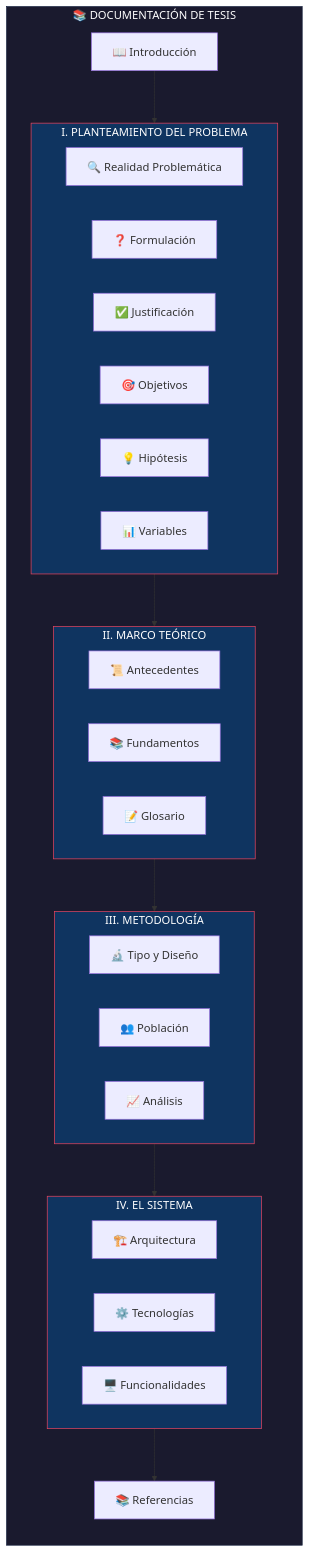
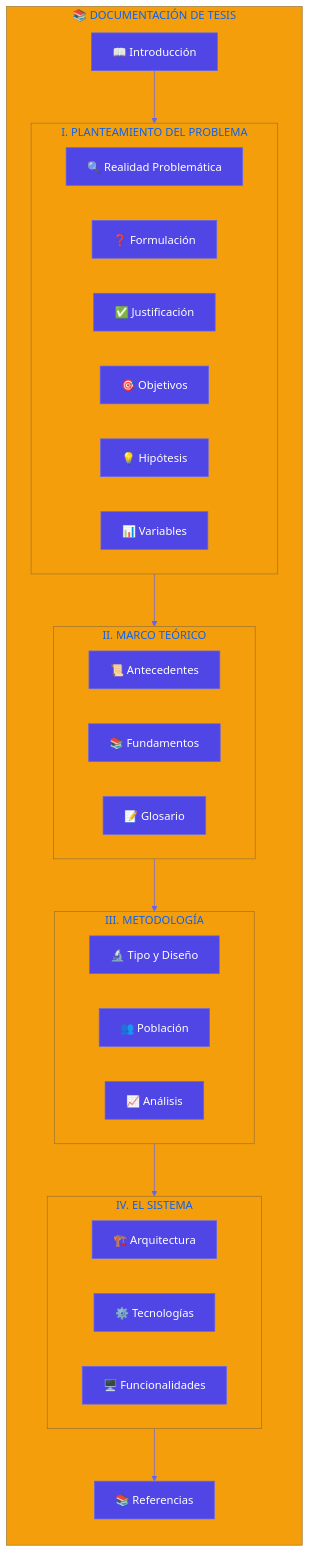
Before and after one commit to decagraff/LCService: the first of 3 diagrams in docs/README.md, drawn with Mermaid. The commit also changed other lines of this file and 7 other files, not shown here.

````diff
--- a/docs/README.md
+++ b/docs/README.md
@@ -19,49 +19,44 @@
 ```mermaid
+%%{init: {'theme': 'base', 'themeVariables': { 'primaryColor': '#4f46e5', 'primaryTextColor': '#fff', 'primaryBorderColor': '#6366f1', 'lineColor': '#6366f1', 'secondaryColor': '#10b981', 'tertiaryColor': '#f59e0b'}}}%%
 flowchart TB
     subgraph docs["📚 DOCUMENTACIÓN DE TESIS"]
         direction TB
 
         intro["📖 Introducción"]
 
         subgraph cap1["I. PLANTEAMIENTO DEL PROBLEMA"]
             prob["🔍 Realidad Problemática"]
             form["❓ Formulación"]
             just["✅ Justificación"]
             obj["🎯 Objetivos"]
             hip["💡 Hipótesis"]
             vars["📊 Variables"]
         end
 
         subgraph cap2["II. MARCO TEÓRICO"]
             ant["📜 Antecedentes"]
             fund["📚 Fundamentos"]
             glos["📝 Glosario"]
         end
 
         subgraph cap3["III. METODOLOGÍA"]
             tipo["🔬 Tipo y Diseño"]
             pob["👥 Población"]
             anal["📈 Análisis"]
         end
 
         subgraph cap4["IV. EL SISTEMA"]
             arq["🏗️ Arquitectura"]
             tech["⚙️ Tecnologías"]
             func["🖥️ Funcionalidades"]
         end
 
         ref["📚 Referencias"]
     end
 
     intro --> cap1
     cap1 --> cap2
     cap2 --> cap3
     cap3 --> cap4
     cap4 --> ref
-
-    style docs fill:#1a1a2e,stroke:#16213e,color:#fff
-    style cap1 fill:#0f3460,stroke:#e94560,color:#fff
-    style cap2 fill:#0f3460,stroke:#e94560,color:#fff
-    style cap3 fill:#0f3460,stroke:#e94560,color:#fff
-    style cap4 fill:#0f3460,stroke:#e94560,color:#fff
 ```
````
